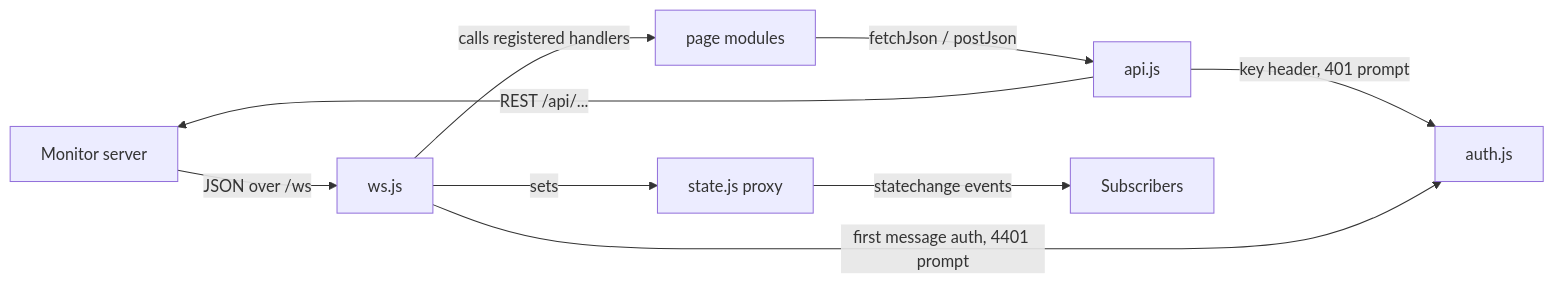
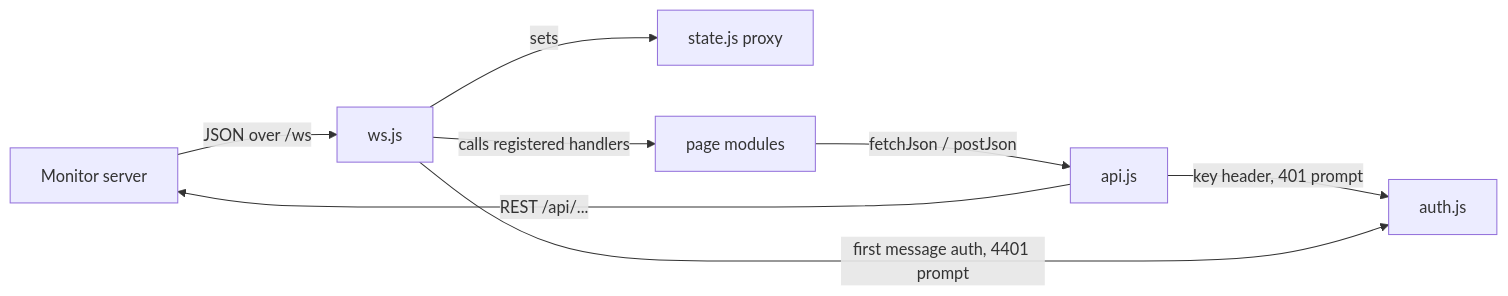
Before and after one commit to NikolasMarkou/fsm_llm: the diagram in src/fsm_llm/monitor/static/services/README.md, drawn with Mermaid. The commit also changed other lines of this file and 24 other files, not shown here.

````diff
--- a/src/fsm_llm/monitor/static/services/README.md
+++ b/src/fsm_llm/monitor/static/services/README.md
@@ -11,10 +11,9 @@
 ```mermaid
 flowchart LR
     Server[Monitor server] -- JSON over /ws --> WS[ws.js]
     WS -- sets --> State[state.js proxy]
     WS -- calls registered handlers --> Pages[page modules]
     Pages -- fetchJson / postJson --> API[api.js] -- REST /api/... --> Server
     API -- key header, 401 prompt --> Auth[auth.js]
     WS -- first message auth, 4401 prompt --> Auth
-    State -- statechange events --> Subscribers
 ```
````
